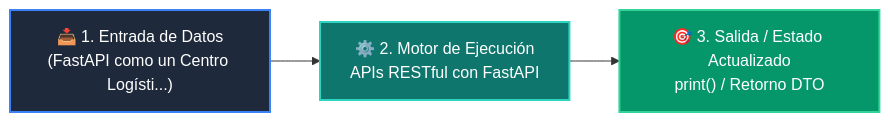
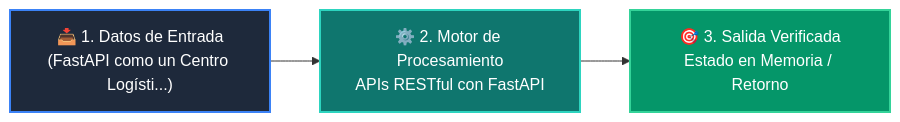
The diagram in 04-proyecto-final/clase-02-backend-fastapi/README.md (wisrovi/wisrovi-python), drawn with Mermaid before and after one commit. The commit also changed other lines of this file and 226 other files, not shown here.

Commit message:
docs: elevate all repository READMEs to world-class mastery standard with rich pedagogical architecture, custom Mermaids, and professional styling

````diff
--- a/04-proyecto-final/clase-02-backend-fastapi/README.md
+++ b/04-proyecto-final/clase-02-backend-fastapi/README.md
@@ -12,9 +26,9 @@
 ```mermaid
 flowchart LR
-    A["📥 1. Entrada de Datos<br/>(FastAPI como un Centro Logísti...)"] --> B["⚙️ 2. Motor de Ejecución<br/>APIs RESTful con FastAPI"]
-    B --> C["🎯 3. Salida / Estado Actualizado<br/>print() / Retorno DTO"]
+    IN["📥 1. Datos de Entrada<br/>(FastAPI como un Centro Logísti...)"] --> ENG["⚙️ 2. Motor de Procesamiento<br/>APIs RESTful con FastAPI"]
+    ENG --> OUT["🎯 3. Salida Verificada<br/>Estado en Memoria / Retorno"]
 
-    style A fill:#1e293b,color:#ffffff,stroke:#3b82f6,stroke-width:2px
-    style B fill:#0f766e,color:#ffffff,stroke:#2dd4bf,stroke-width:2px
-    style C fill:#059669,color:#ffffff,stroke:#34d399,stroke-width:2px
+    style IN fill:#1e293b,color:#ffffff,stroke:#3b82f6,stroke-width:2px
+    style ENG fill:#0f766e,color:#ffffff,stroke:#2dd4bf,stroke-width:2px
+    style OUT fill:#059669,color:#ffffff,stroke:#34d399,stroke-width:2px
 ```
````
